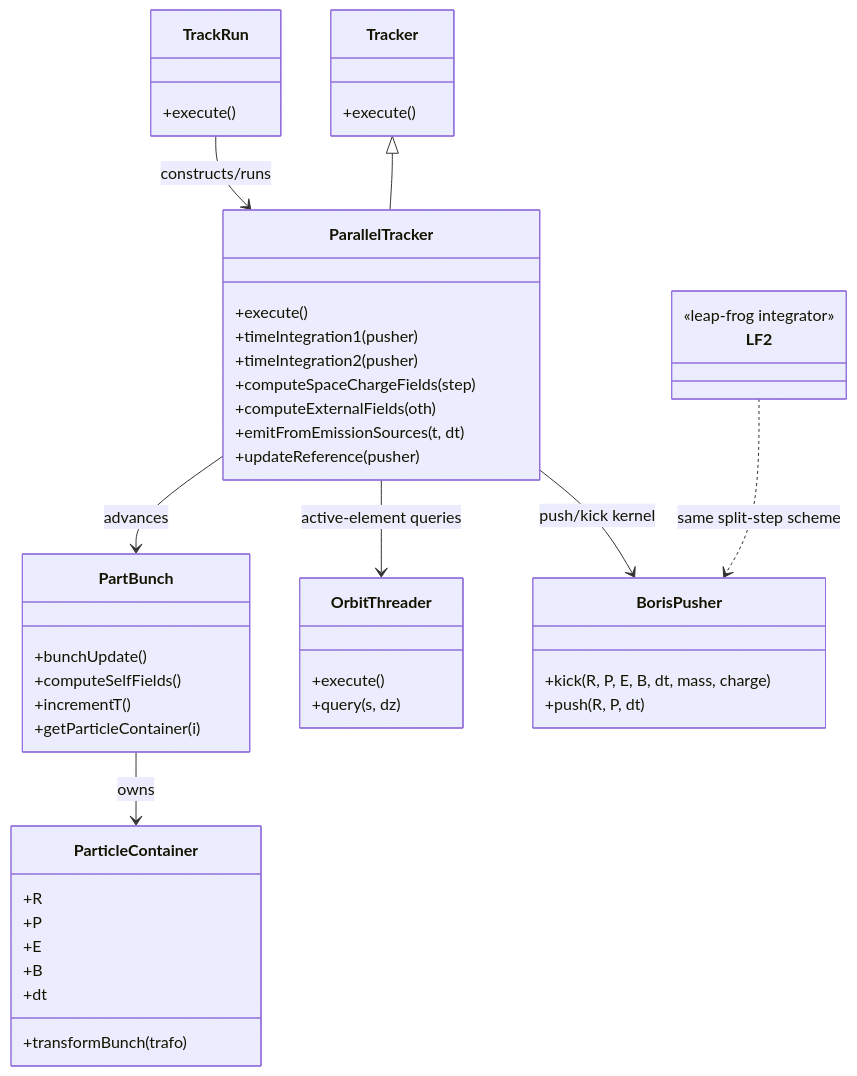
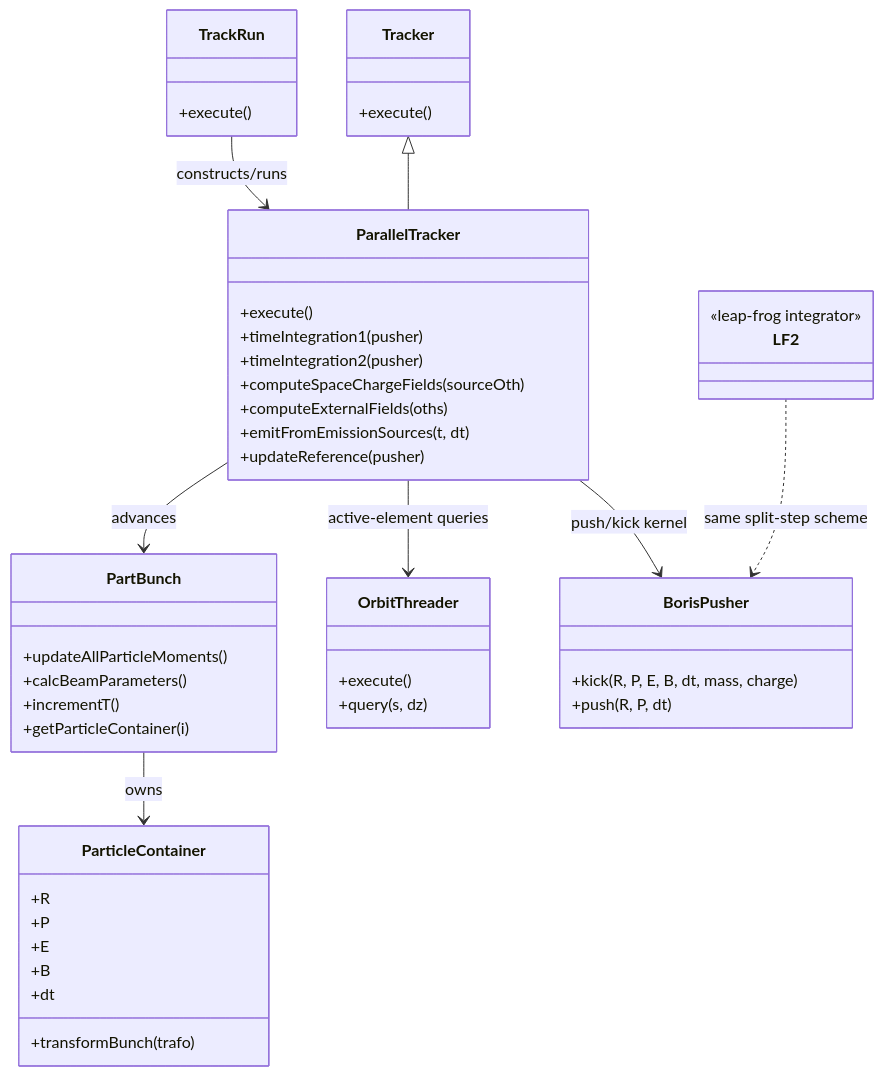
Before and after one commit to OPALX-project/opalx-manual: the diagram in physics/overview/index.qmd, drawn with Mermaid. The commit also changed other lines of this file and 1 other file, not shown here.

````diff
--- a/physics/overview/index.qmd
+++ b/physics/overview/index.qmd
@@ -318,62 +318,62 @@
 ```{mermaid}
 %%| label: fig-overview-integration-class-diagram
 %%| fig-cap: "Current time-integration structure used by the OPALX parallel tracker."
 classDiagram
   direction TB
 
   class TrackRun {
     +execute()
   }
 
   class Tracker {
     +execute()
   }
 
   class ParallelTracker {
     +execute()
     +timeIntegration1(pusher)
     +timeIntegration2(pusher)
-    +computeSpaceChargeFields(step)
-    +computeExternalFields(oth)
+    +computeSpaceChargeFields(sourceOth)
+    +computeExternalFields(oths)
     +emitFromEmissionSources(t, dt)
     +updateReference(pusher)
   }
 
   class PartBunch {
-    +bunchUpdate()
-    +computeSelfFields()
+    +updateAllParticleMoments()
+    +calcBeamParameters()
     +incrementT()
     +getParticleContainer(i)
   }
 
   class ParticleContainer {
     +R
     +P
     +E
     +B
     +dt
     +transformBunch(trafo)
   }
 
   class OrbitThreader {
     +execute()
     +query(s, dz)
   }
 
   class BorisPusher {
     +kick(R, P, E, B, dt, mass, charge)
     +push(R, P, dt)
   }
 
   class LF2 {
     <<leap-frog integrator>>
   }
 
   TrackRun --> ParallelTracker : constructs/runs
   Tracker <|-- ParallelTracker
   ParallelTracker --> PartBunch : advances
   PartBunch --> ParticleContainer : owns
   ParallelTracker --> OrbitThreader : active-element queries
   ParallelTracker --> BorisPusher : push/kick kernel
   LF2 ..> BorisPusher : same split-step scheme
 ```
````
